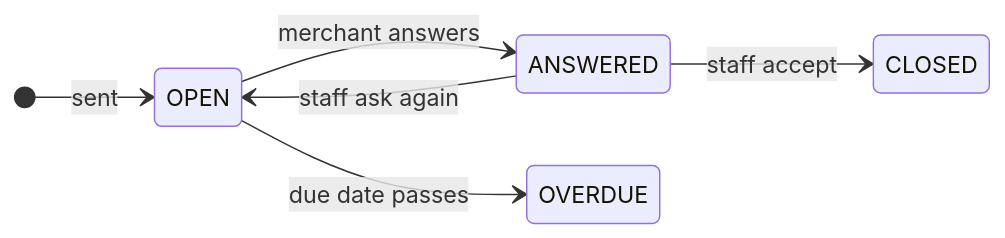
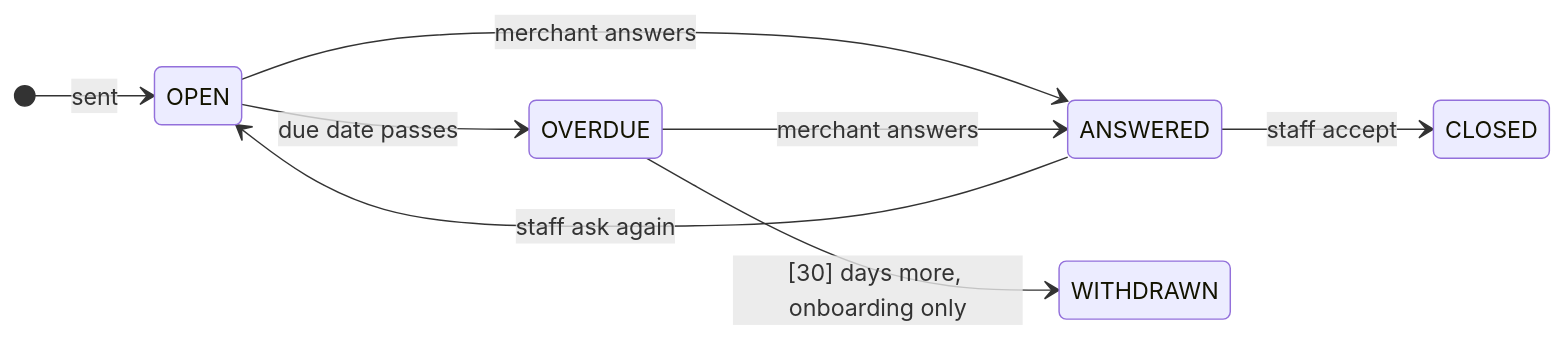
Before and after one commit to paytinno/merchant-portal-workflows: the second of 2 diagrams in docs/workflows/MP-07-request-for-information-and-the-answer.md, drawn with Mermaid. The commit also changed other lines of this file and 36 other files, not shown here.

````diff
--- a/docs/workflows/MP-07-request-for-information-and-the-answer.md
+++ b/docs/workflows/MP-07-request-for-information-and-the-answer.md
@@ -57,13 +63,16 @@
 ```mermaid
 stateDiagram-v2
   direction LR
   state "OPEN" as s_OPEN
   state "ANSWERED" as s_ANSWERED
   state "CLOSED" as s_CLOSED
   state "OVERDUE" as s_OVERDUE
+  state "WITHDRAWN" as s_WITHDRAWN
   [*] --> s_OPEN : sent
   s_OPEN --> s_ANSWERED : merchant answers
   s_ANSWERED --> s_CLOSED : staff accept
   s_ANSWERED --> s_OPEN : staff ask again
   s_OPEN --> s_OVERDUE : due date passes
+  s_OVERDUE --> s_ANSWERED : merchant answers
+  s_OVERDUE --> s_WITHDRAWN : [30] days more, onboarding only
 ```
````
